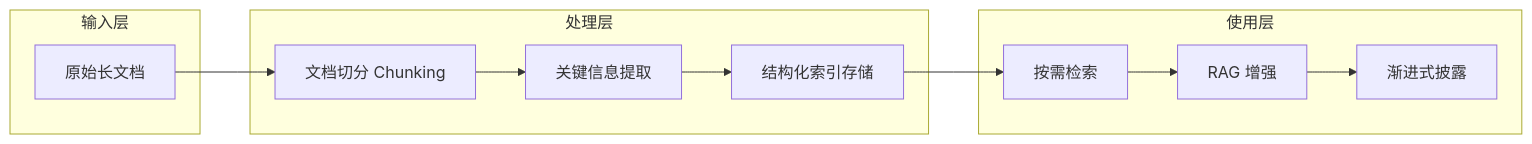
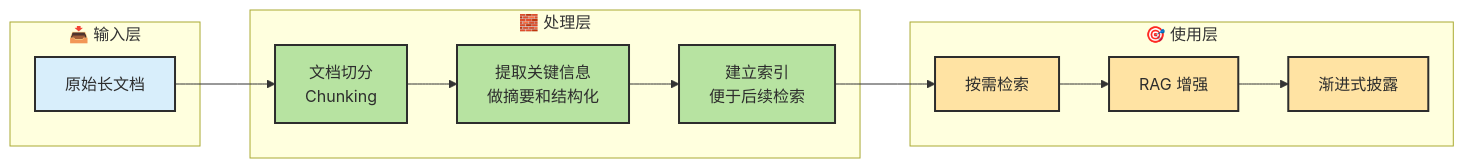
One commit to zht043/AgenticCodingTutorial changed the seventh of 7 diagrams in docs/chapters/ch05-agent-mechanics.md. Above: the diagram before and after it, drawn with Mermaid. The commit also changed other lines of this file and 69 other files, not shown here.

Commit message:
optimize docs and add mermaid validation

````diff
--- a/docs/chapters/ch05-agent-mechanics.md
+++ b/docs/chapters/ch05-agent-mechanics.md
@@ -399,20 +423,24 @@
 ```mermaid
 flowchart LR
-    subgraph 输入层
-        I1[原始长文档]
+    classDef input fill:#d8eefb,stroke:#2d2d2d,stroke-width:2px,color:#2d2d2d
+    classDef process fill:#b7e3a1,stroke:#2d2d2d,stroke-width:2px,color:#2d2d2d
+    classDef use fill:#ffe3a3,stroke:#2d2d2d,stroke-width:2px,color:#2d2d2d
+
+    subgraph Input["📥 输入层"]
+        I1["原始长文档"]:::input
     end
 
-    subgraph 处理层
-        P1[文档切分 Chunking]
-        P2[关键信息提取]
-        P3[结构化索引存储]
+    subgraph Process["🧱 处理层"]
+        P1["文档切分<br/>Chunking"]:::process
+        P2["提取关键信息<br/>做摘要和结构化"]:::process
+        P3["建立索引<br/>便于后续检索"]:::process
     end
 
-    subgraph 使用层
-        U1[按需检索]
-        U2[RAG 增强]
-        U3[渐进式披露]
+    subgraph Use["🎯 使用层"]
+        U1["按需检索"]:::use
+        U2["RAG 增强"]:::use
+        U3["渐进式披露"]:::use
     end
 
     I1 --> P1 --> P2 --> P3 --> U1 --> U2 --> U3
 ```
````
